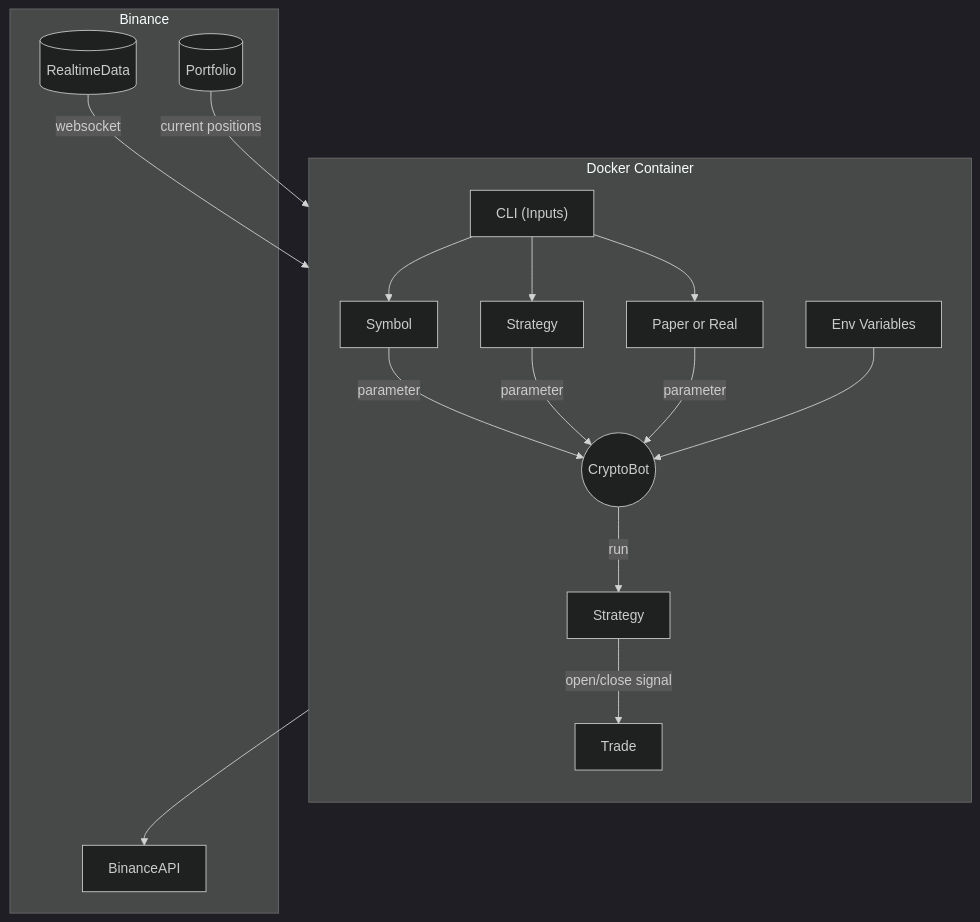
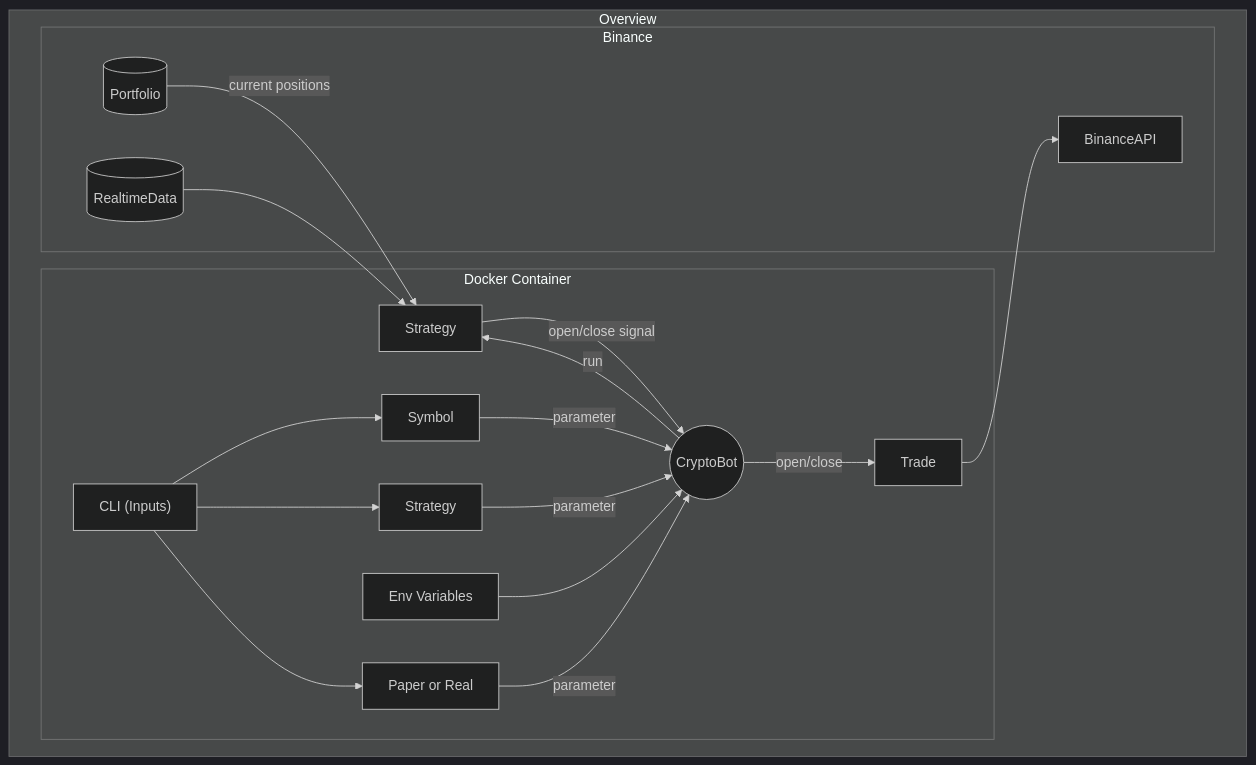
The diagram in README.md (DomSperanza/CryptoTrading), drawn with Mermaid (dark theme) before and after one commit.

Commit message:
slight flowchart changes

````diff
--- a/README.md
+++ b/README.md
@@ -19,26 +19,29 @@
 ```mermaid
     flowchart TD
+    subgraph Overview
         subgraph Docker Container 
-        direction TB
         Env[Env Variables]
         
         CLI["CLI (Inputs)"] --> Symbol[Symbol]
         CLI --> InputStrat[Strategy]
         CLI --> Type[Paper or Real]
 
         Symbol -- parameter --> CryptoBot((CryptoBot))
         InputStrat -- parameter --> CryptoBot
         Type -- parameter --> CryptoBot
         Env --> CryptoBot
 
         CryptoBot -- run --> Strategy
-        Strategy -- open/close signal --> Trade
+        CryptoBot -- open/close --> Trade
+        Strategy -- open/close signal --> CryptoBot
 
         end
         subgraph Binance
-            RealtimeData[(RealtimeData)] -- websocket --> Strategy
+
             Portfolio[(Portfolio)] -- current positions --> Strategy
+            RealtimeData[(RealtimeData)] --> Strategy
             BinanceAPI
         end
             Trade --> BinanceAPI
+    end
 ```
````
